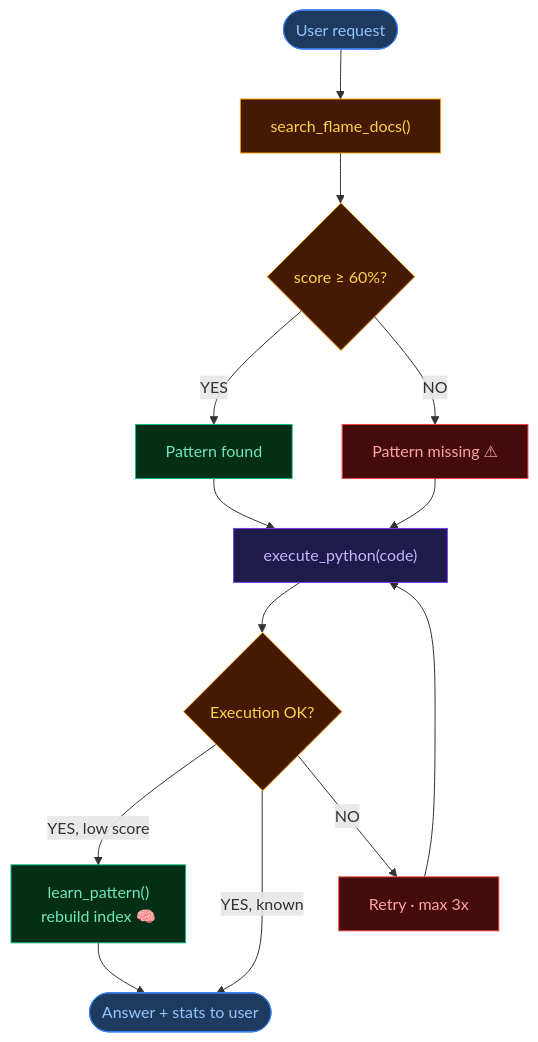
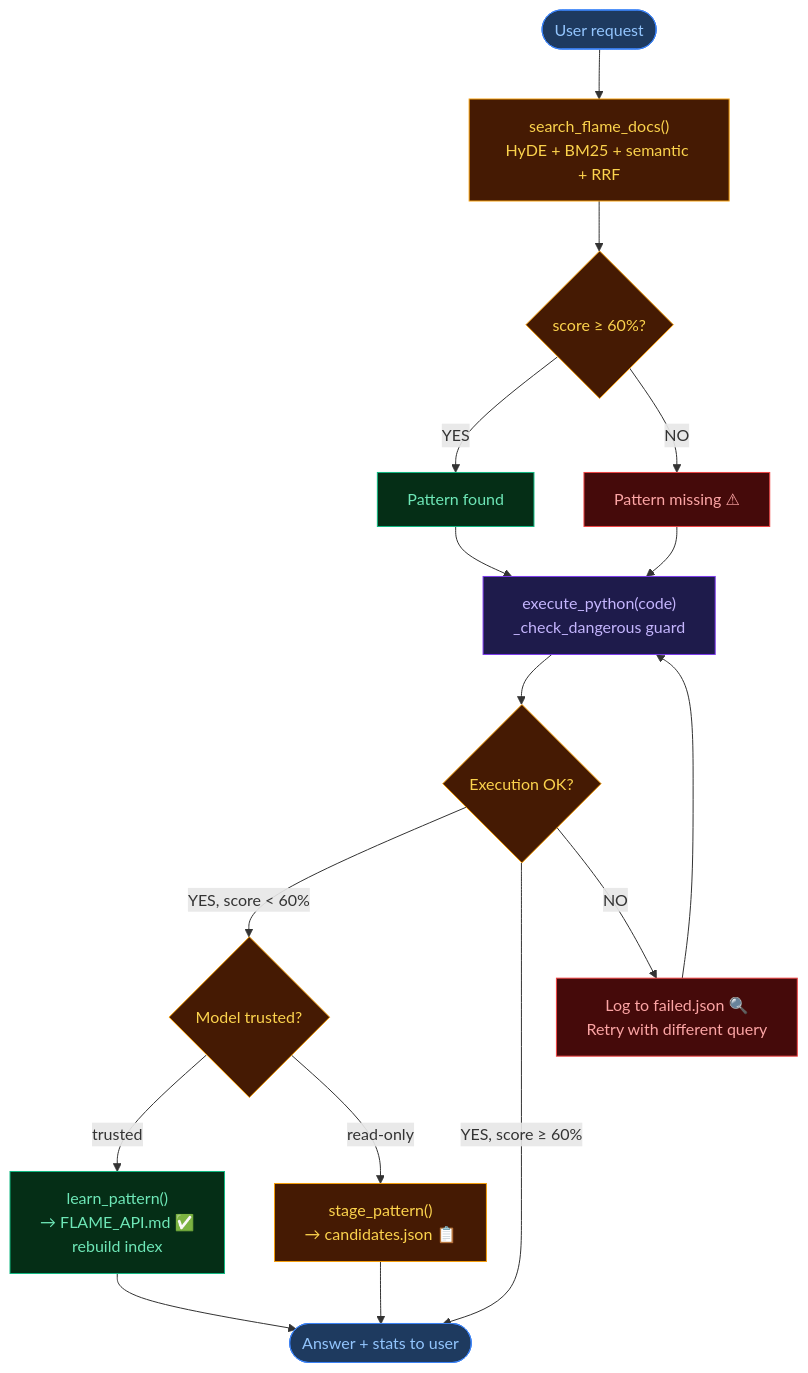
The second of 2 diagrams in docs/ARCHITECTURE.md (abrahamADSK/flame-mcp), drawn with Mermaid before and after one commit. The commit also changed other lines of this file, not shown here.

First line of the commit message:
docs: rewrite ARCHITECTURE.md — current state v0.9.0

````diff
--- a/docs/ARCHITECTURE.md
+++ b/docs/ARCHITECTURE.md
@@ -71,37 +92,44 @@
 ```mermaid
 flowchart TD
     A(["User request"])
-    B["search_flame_docs()"]
+    B["search_flame_docs()\nHyDE + BM25 + semantic + RRF"]
     C{"score ≥ 60%?"}
     D["Pattern found"]
     E["Pattern missing ⚠"]
-    F["execute_python(code)"]
+    F["execute_python(code)\n_check_dangerous guard"]
     G{"Execution OK?"}
-    H["learn_pattern()<br/>rebuild index 🧠"]
-    I["Retry · max 3x"]
+    H{"Model trusted?"}
+    H1["learn_pattern()\n→ FLAME_API.md ✅\nrebuild index"]
+    H2["stage_pattern()\n→ candidates.json 📋"]
+    I["Log to failed.json 🔍\nRetry with different query"]
     J(["Answer + stats to user"])
 
     A --> B
     B --> C
     C -->|YES| D
     C -->|NO| E
     D --> F
     E --> F
     F --> G
-    G -->|YES, low score| H
-    G -->|YES, known| J
+    G -->|"YES, score < 60%"| H
+    G -->|"YES, score ≥ 60%"| J
     G -->|NO| I
-    H --> J
+    H -->|trusted| H1
+    H -->|read-only| H2
+    H1 --> J
+    H2 --> J
     I --> F
 
     style A fill:#1e3a5f,color:#93c5fd,stroke:#3b82f6
     style B fill:#451a03,color:#fcd34d,stroke:#f59e0b
     style C fill:#451a03,color:#fcd34d,stroke:#f59e0b
     style D fill:#052e16,color:#6ee7b7,stroke:#10b981
     style E fill:#450a0a,color:#fca5a5,stroke:#ef4444
     style F fill:#1e1b4b,color:#c4b5fd,stroke:#7c3aed
     style G fill:#451a03,color:#fcd34d,stroke:#f59e0b
-    style H fill:#052e16,color:#6ee7b7,stroke:#10b981
+    style H fill:#451a03,color:#fcd34d,stroke:#f59e0b
+    style H1 fill:#052e16,color:#6ee7b7,stroke:#10b981
+    style H2 fill:#451a03,color:#fcd34d,stroke:#f59e0b
     style I fill:#450a0a,color:#fca5a5,stroke:#ef4444
     style J fill:#1e3a5f,color:#93c5fd,stroke:#3b82f6
 ```
````
